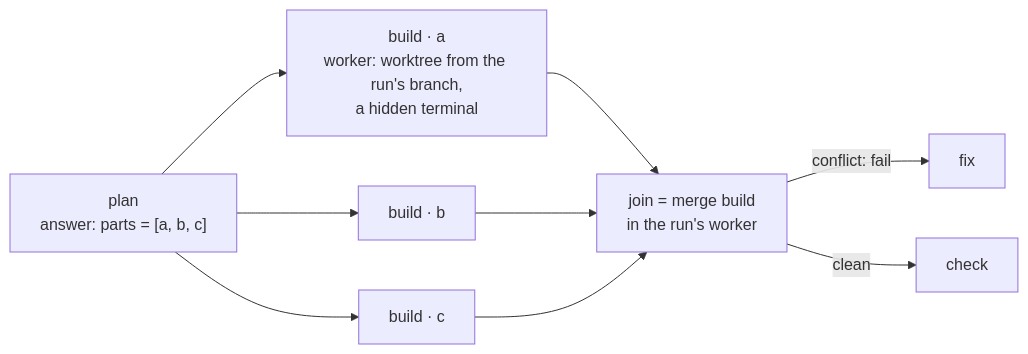
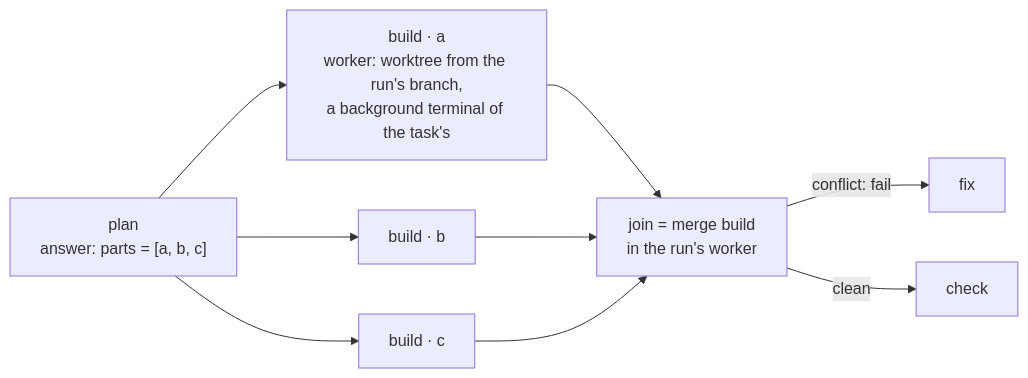
Before and after one commit to tampopogk/kanna: the third of 5 diagrams in docs/specs/software-factory.md, drawn with Mermaid. The commit also changed other lines of this file and 25 other files, not shown here.

````diff
--- a/docs/specs/software-factory.md
+++ b/docs/specs/software-factory.md
@@ -71,9 +72,9 @@
 ```mermaid
 flowchart LR
-    P["plan<br/>answer: parts = [a, b, c]"] --> A["build · a<br/>worker: worktree from the run's branch,<br/>a hidden terminal"]
+    P["plan<br/>answer: parts = [a, b, c]"] --> A["build · a<br/>worker: worktree from the run's branch,<br/>a background terminal of the task's"]
     P --> B["build · b"]
     P --> C["build · c"]
     A & B & C --> J["join = merge build<br/>in the run's worker"]
     J -->|"conflict: fail"| F["fix"]
     J -->|"clean"| N["check"]
 ```
````
